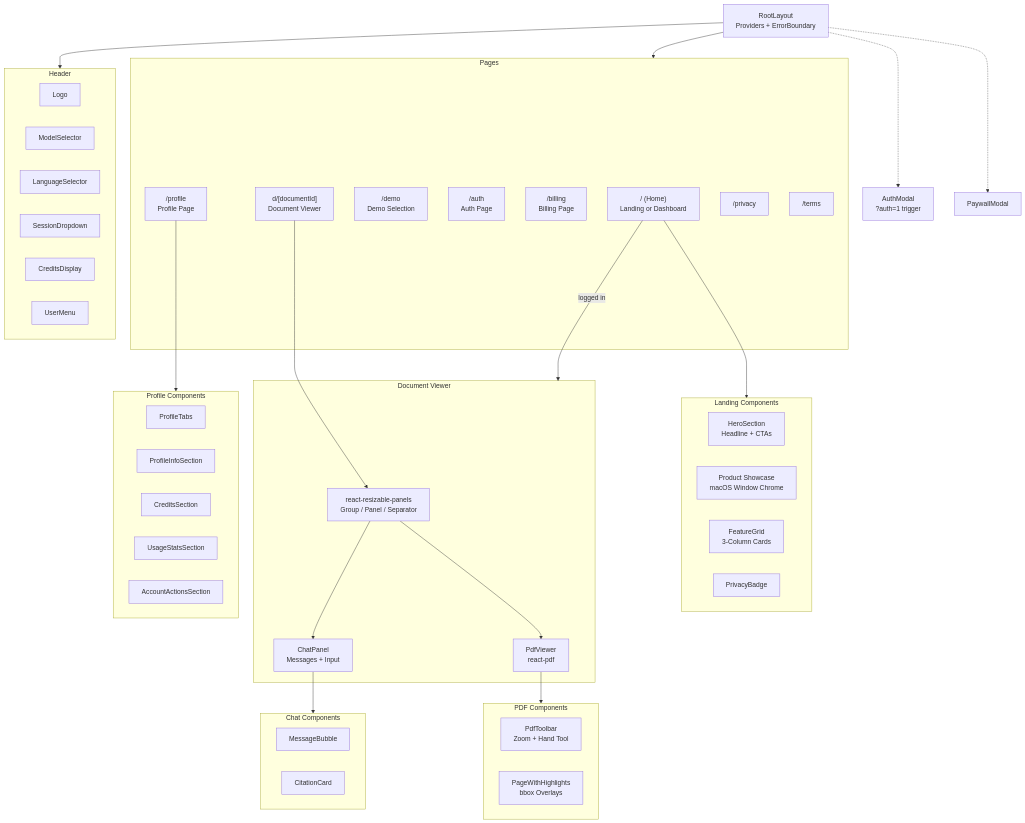
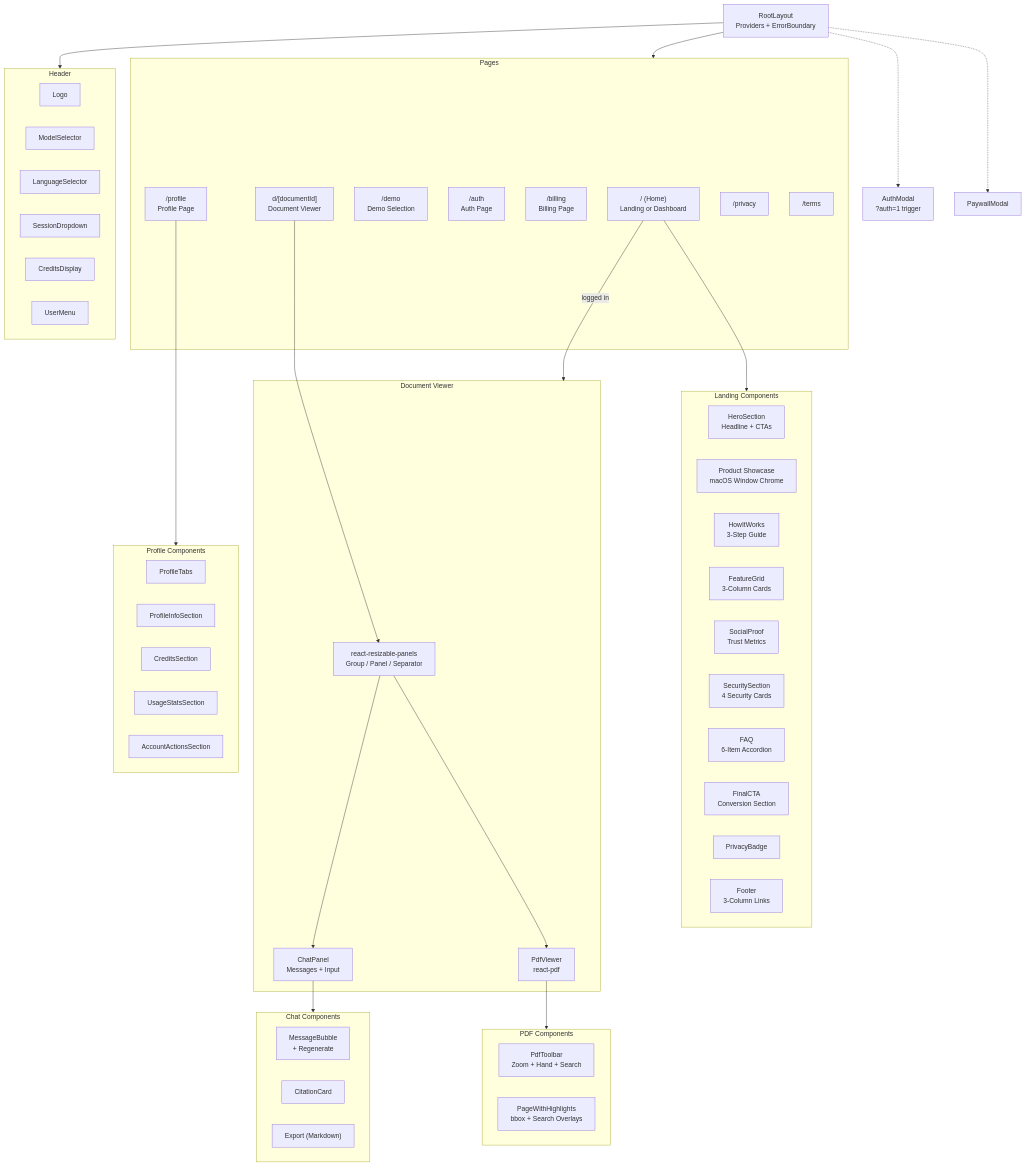
Before and after one commit to Rswcf/DocTalk: the seventh of 8 diagrams in docs/ARCHITECTURE.md, drawn with Mermaid. The commit also changed other lines of this file and 4 other files, not shown here.

````diff
--- a/docs/ARCHITECTURE.md
+++ b/docs/ARCHITECTURE.md
@@ -458,72 +468,79 @@
 ```mermaid
 graph TD
     Layout["RootLayout<br/>Providers + ErrorBoundary"]
 
     subgraph Pages
         Home["/ (Home)<br/>Landing or Dashboard"]
         DocView["d/[documentId]<br/>Document Viewer"]
         Demo["/demo<br/>Demo Selection"]
         Auth["/auth<br/>Auth Page"]
         Billing["/billing<br/>Billing Page"]
         Profile["/profile<br/>Profile Page"]
         Privacy["/privacy"]
         Terms["/terms"]
     end
 
     subgraph HeaderComp["Header"]
         Logo["Logo"]
         ModelSel["ModelSelector"]
         LangSel["LanguageSelector"]
         SessionDrop["SessionDropdown"]
         CreditsDis["CreditsDisplay"]
         UserMenuC["UserMenu"]
     end
 
     subgraph LandingComp["Landing Components"]
         Hero["HeroSection<br/>Headline + CTAs"]
         Showcase["Product Showcase<br/>macOS Window Chrome"]
+        HowItWorks["HowItWorks<br/>3-Step Guide"]
         Features["FeatureGrid<br/>3-Column Cards"]
+        SocialProof["SocialProof<br/>Trust Metrics"]
+        Security["SecuritySection<br/>4 Security Cards"]
+        FAQ["FAQ<br/>6-Item Accordion"]
+        FinalCTA["FinalCTA<br/>Conversion Section"]
         PrivBadge["PrivacyBadge"]
+        FooterComp["Footer<br/>3-Column Links"]
     end
 
     subgraph DocViewComp["Document Viewer"]
         ResizablePanels["react-resizable-panels<br/>Group / Panel / Separator"]
         ChatPanel["ChatPanel<br/>Messages + Input"]
         PdfViewer["PdfViewer<br/>react-pdf"]
     end
 
     subgraph ChatComp["Chat Components"]
-        MsgBubble["MessageBubble"]
+        MsgBubble["MessageBubble<br/>+ Regenerate"]
         CitCard["CitationCard"]
+        Export["Export (Markdown)"]
     end
 
     subgraph PdfComp["PDF Components"]
-        PdfToolbar["PdfToolbar<br/>Zoom + Hand Tool"]
-        PageHL["PageWithHighlights<br/>bbox Overlays"]
+        PdfToolbar["PdfToolbar<br/>Zoom + Hand + Search"]
+        PageHL["PageWithHighlights<br/>bbox + Search Overlays"]
     end
 
     subgraph ProfileComp["Profile Components"]
         ProfTabs["ProfileTabs"]
         ProfInfo["ProfileInfoSection"]
         CreditsSec["CreditsSection"]
         UsageSec["UsageStatsSection"]
         AccountSec["AccountActionsSection"]
     end
 
     Layout --> Pages
     Layout --> HeaderComp
     Home --> LandingComp
     Home -->|"logged in"| DocViewComp
     DocView --> ResizablePanels
     ResizablePanels --> ChatPanel
     ResizablePanels --> PdfViewer
     ChatPanel --> ChatComp
     PdfViewer --> PdfComp
     Profile --> ProfileComp
 
     AuthModal["AuthModal<br/>?auth=1 trigger"]
     PaywallMod["PaywallModal"]
 
     Layout -.-> AuthModal
     Layout -.-> PaywallMod
 ```
````
